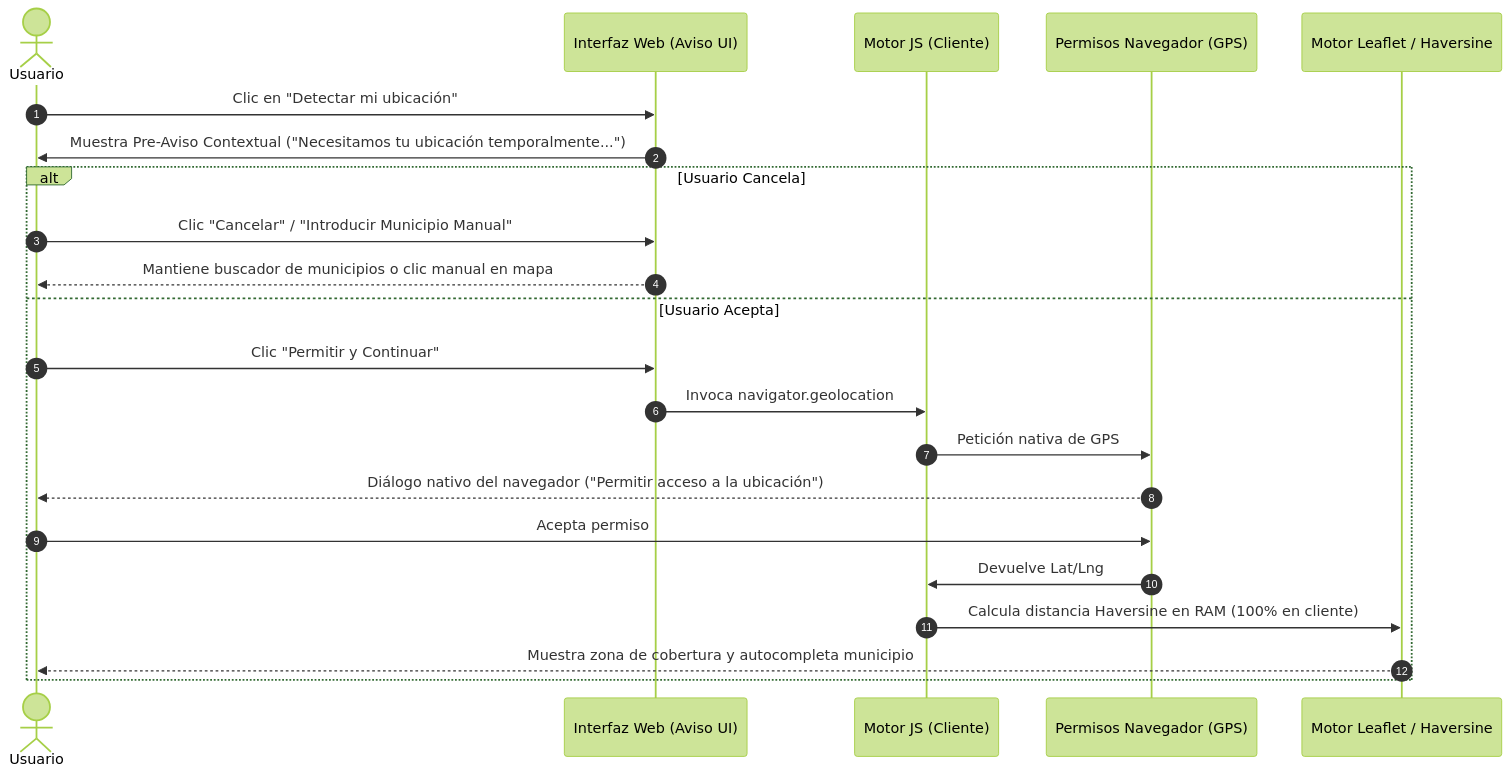
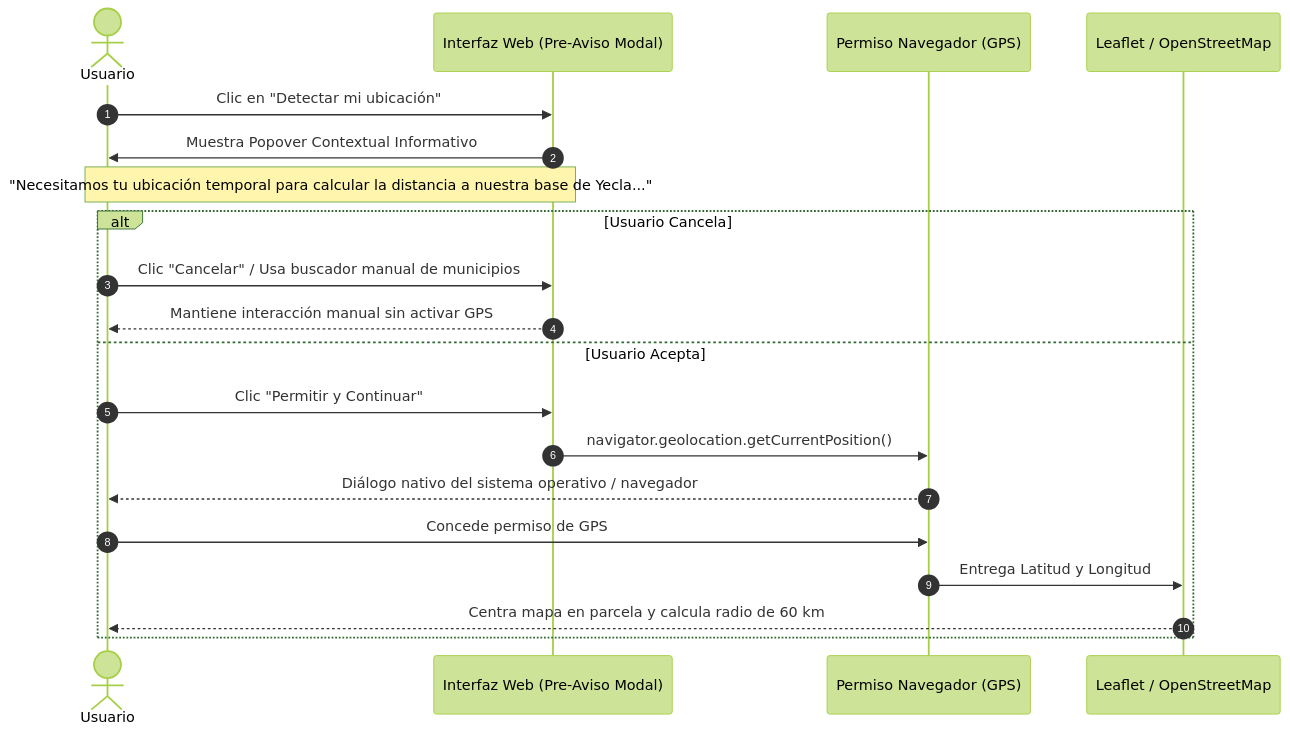
The first of 2 diagrams in docs/legal/PLAN_CUMPLIMIENTO_RGPD_PRIVACIDAD.md (jimenezabadalex/Quintanamur-web), drawn with Mermaid (forest theme) before and after one commit. The commit also changed other lines of this file and 12 other files, not shown here.

````diff
--- a/docs/legal/PLAN_CUMPLIMIENTO_RGPD_PRIVACIDAD.md
+++ b/docs/legal/PLAN_CUMPLIMIENTO_RGPD_PRIVACIDAD.md
@@ -116,25 +235,23 @@
 ```mermaid
 sequenceDiagram
     autonumber
     actor Usuario
-    participant UI as Interfaz Web (Aviso UI)
-    participant JS as Motor JS (Cliente)
-    participant Browser as Permisos Navegador (GPS)
-    participant Map as Motor Leaflet / Haversine
+    participant UI as Interfaz Web (Pre-Aviso Modal)
+    participant Browser as Permiso Navegador (GPS)
+    participant Leaflet as Leaflet / OpenStreetMap
 
     Usuario->>UI: Clic en "Detectar mi ubicación"
-    UI->>Usuario: Muestra Pre-Aviso Contextual ("Necesitamos tu ubicación temporalmente...")
+    UI->>Usuario: Muestra Popover Contextual Informativo
+    Note over UI,Usuario: "Necesitamos tu ubicación temporal para calcular la distancia a nuestra base de Yecla..."
     alt Usuario Cancela
-        Usuario->>UI: Clic "Cancelar" / "Introducir Municipio Manual"
-        UI-->>Usuario: Mantiene buscador de municipios o clic manual en mapa
+        Usuario->>UI: Clic "Cancelar" / Usa buscador manual de municipios
+        UI-->>Usuario: Mantiene interacción manual sin activar GPS
     else Usuario Acepta
         Usuario->>UI: Clic "Permitir y Continuar"
-        UI->>JS: Invoca navigator.geolocation
-        JS->>Browser: Petición nativa de GPS
-        Browser-->>Usuario: Diálogo nativo del navegador ("Permitir acceso a la ubicación")
-        Usuario->>Browser: Acepta permiso
-        Browser->>JS: Devuelve Lat/Lng
-        JS->>Map: Calcula distancia Haversine en RAM (100% en cliente)
-        Map-->>Usuario: Muestra zona de cobertura y autocompleta municipio
+        UI->>Browser: navigator.geolocation.getCurrentPosition()
+        Browser-->>Usuario: Diálogo nativo del sistema operativo / navegador
+        Usuario->>Browser: Concede permiso de GPS
+        Browser->>Leaflet: Entrega Latitud y Longitud
+        Leaflet-->>Usuario: Centra mapa en parcela y calcula radio de 60 km
     end
 ```
````
